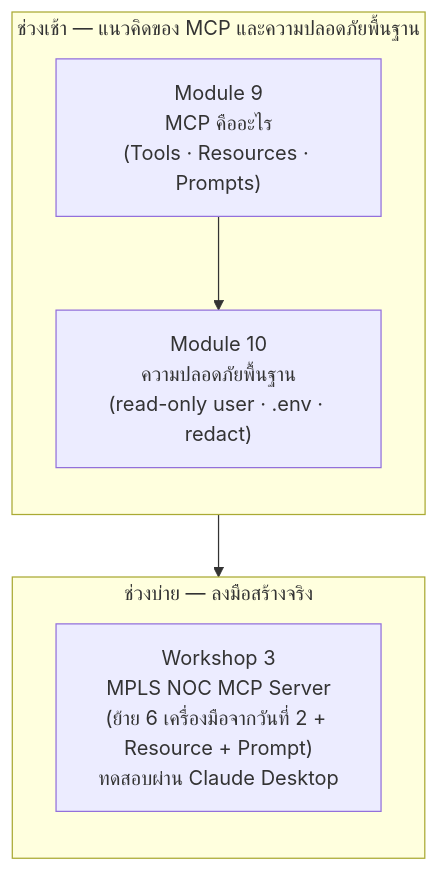
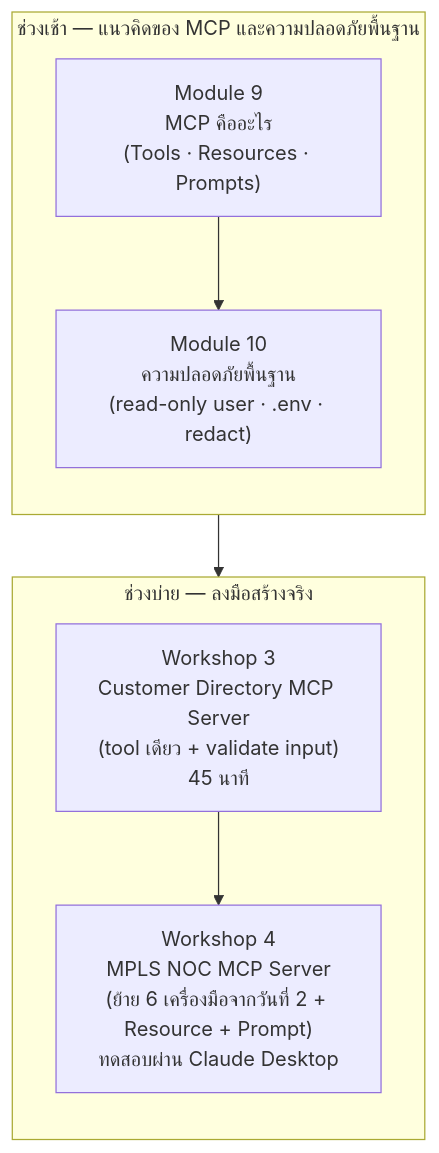
Before and after one commit to LLM-CE-KMITL/mcp-workshop: the diagram in INSTRUCTIONS/day3/00-day3-overview.md, drawn with Mermaid. The commit also changed other lines of this file and 10 other files, not shown here.

````diff
--- a/INSTRUCTIONS/day3/00-day3-overview.md
+++ b/INSTRUCTIONS/day3/00-day3-overview.md
@@ -9,14 +9,14 @@
 ```mermaid
 flowchart TD
     subgraph M["ช่วงเช้า — แนวคิดของ MCP และความปลอดภัยพื้นฐาน"]
         direction TB
         M1["Module 9<br/>MCP คืออะไร<br/>(Tools · Resources · Prompts)"] --> M2["Module 10<br/>ความปลอดภัยพื้นฐาน<br/>(read-only user · .env · redact)"]
     end
 
     M2 --> A
 
     subgraph A["ช่วงบ่าย — ลงมือสร้างจริง"]
         direction TB
-        A1["Workshop 3<br/>MPLS NOC MCP Server<br/>(ย้าย 6 เครื่องมือจากวันที่ 2 + Resource + Prompt)<br/>ทดสอบผ่าน Claude Desktop"]
+        A0["Workshop 3<br/>Customer Directory MCP Server<br/>(tool เดียว + validate input)<br/>45 นาที"] --> A1["Workshop 4<br/>MPLS NOC MCP Server<br/>(ย้าย 6 เครื่องมือจากวันที่ 2 + Resource + Prompt)<br/>ทดสอบผ่าน Claude Desktop"]
     end
 ```
````
